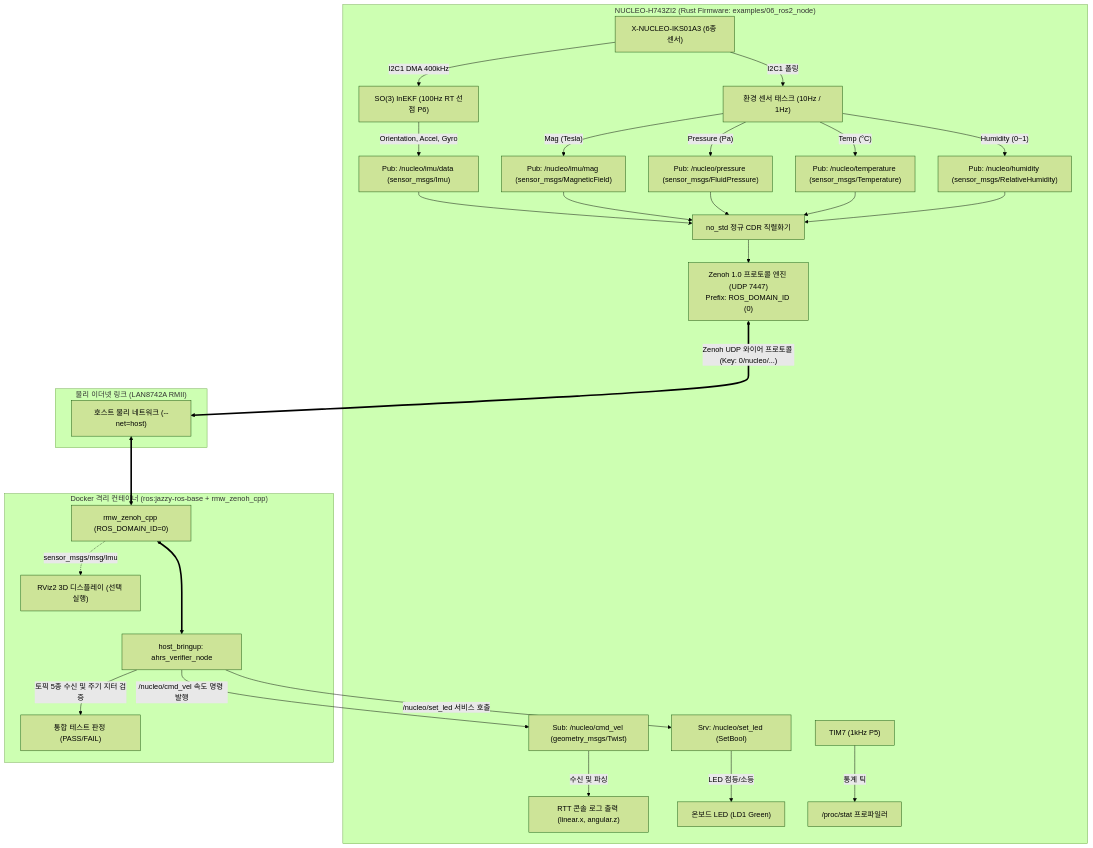
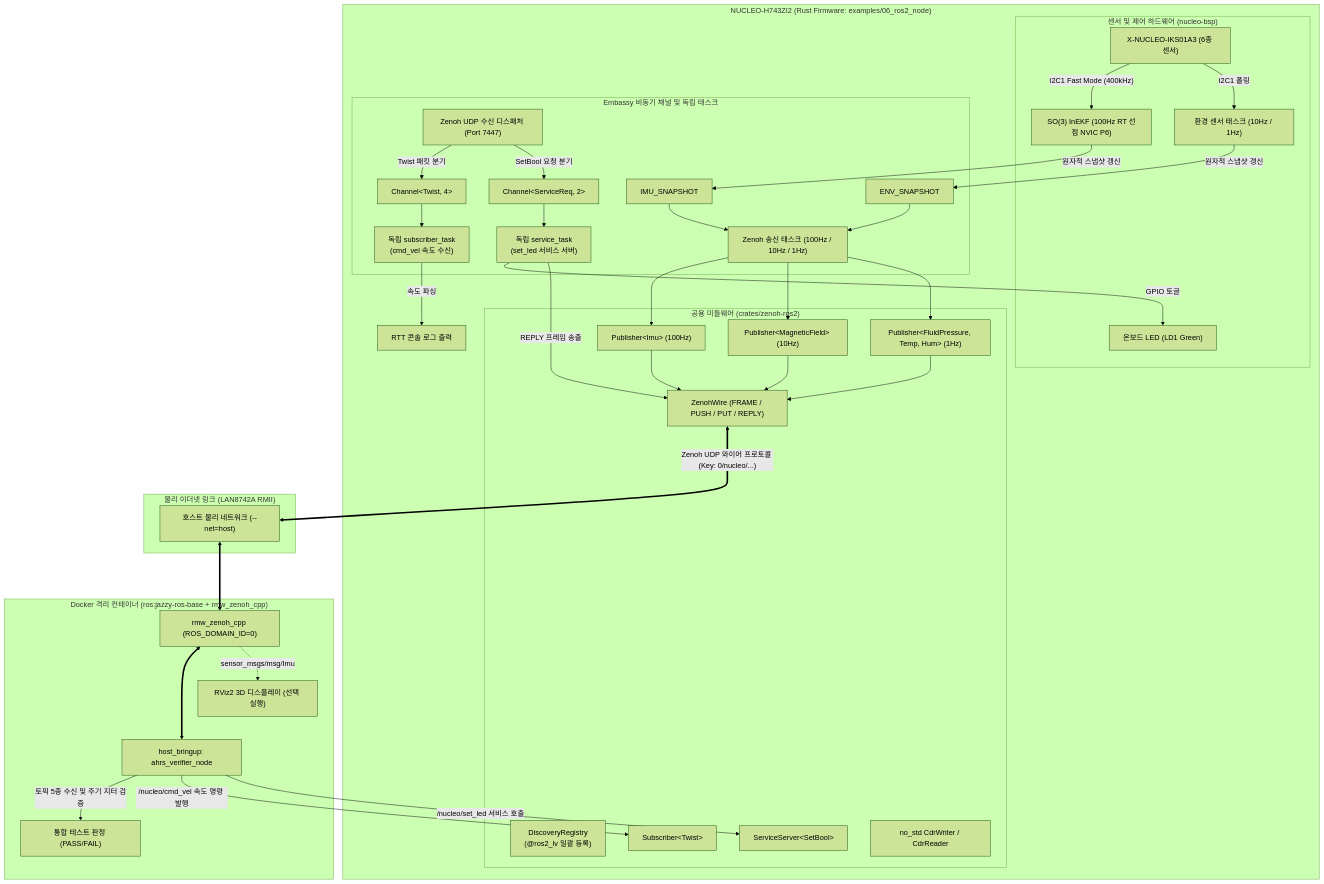
One commit to voidrobot/nucleo_h743zi2_rust changed the diagram in examples/06_ros2_node/README.md. Above: the diagram before and after it, drawn with Mermaid (forest theme). The commit also changed other lines of this file and 2 other files, not shown here.

Commit message:
docs: audit and correct workspace documentation and 06_ros2_node specification

````diff
--- a/examples/06_ros2_node/README.md
+++ b/examples/06_ros2_node/README.md
@@ -41,33 +44,59 @@
 ```mermaid
 flowchart TD
     subgraph Target ["NUCLEO-H743ZI2 (Rust Firmware: examples/06_ros2_node)"]
-        Sensors["X-NUCLEO-IKS01A3 (6종 센서)"] -->|"I2C1 DMA 400kHz"| InEKF["SO(3) InEKF (100Hz RT 선점 P6)"]
-        Sensors -->|"I2C1 폴링"| EnvSense["환경 센서 태스크 (10Hz / 1Hz)"]
+        subgraph HardwareSense ["센서 및 제어 하드웨어 (nucleo-bsp)"]
+            Sensors["X-NUCLEO-IKS01A3 (6종 센서)"] -->|"I2C1 Fast Mode (400kHz)"| InEKF_Task["SO(3) InEKF (100Hz RT 선점 NVIC P6)"]
+            Sensors -->|"I2C1 폴링"| EnvSense["환경 센서 태스크 (10Hz / 1Hz)"]
+            LED["온보드 LED (LD1 Green)"]
+        end
+
+        subgraph Middleware ["공용 미들웨어 (crates/zenoh-ros2)"]
+            Registry["DiscoveryRegistry<br/>(@ros2_lv 일괄 등록)"]
+            Pub_IMU["Publisher&lt;Imu&gt; (100Hz)"]
+            Pub_Mag["Publisher&lt;MagneticField&gt; (10Hz)"]
+            Pub_Env["Publisher&lt;FluidPressure, Temp, Hum&gt; (1Hz)"]
+            Sub_Vel["Subscriber&lt;Twist&gt;"]
+            Srv_LED["ServiceServer&lt;SetBool&gt;"]
+            Wire["ZenohWire (FRAME / PUSH / PUT / REPLY)"]
+            CDR["no_std CdrWriter / CdrReader"]
+        end
+
+        subgraph AsyncConcurrency ["Embassy 비동기 채널 및 독립 태스크"]
+            InEKF_Task -->|"원자적 스냅샷 갱신"| Snap_IMU["IMU_SNAPSHOT"]
+            EnvSense -->|"원자적 스냅샷 갱신"| Snap_ENV["ENV_SNAPSHOT"]
+            
+            TxTask["Zenoh 송신 태스크 (100Hz / 10Hz / 1Hz)"]
+            RxTask["Zenoh UDP 수신 디스패처 (Port 7447)"]
+            
+            SubTask["독립 subscriber_task<br/>(cmd_vel 속도 수신)"]
+            SrvTask["독립 service_task<br/>(set_led 서비스 서버)"]
+            
+            Chan_Cmd["Channel&lt;Twist, 4&gt;"]
+            Chan_Srv["Channel&lt;ServiceReq, 2&gt;"]
+        end
+
+        Snap_IMU & Snap_ENV --> TxTask
+        TxTask --> Pub_IMU & Pub_Mag & Pub_Env
+        Pub_IMU & Pub_Mag & Pub_Env --> Wire
+
+        RxTask -->|"Twist 패킷 분기"| Chan_Cmd --> SubTask
+        RxTask -->|"SetBool 요청 분기"| Chan_Srv --> SrvTask
         
-        InEKF -->|"Orientation, Accel, Gyro"| Pub_IMU["Pub: /nucleo/imu/data (sensor_msgs/Imu)"]
-        EnvSense -->|"Mag (Tesla)"| Pub_Mag["Pub: /nucleo/imu/mag (sensor_msgs/MagneticField)"]
-        EnvSense -->|"Pressure (Pa)"| Pub_Press["Pub: /nucleo/pressure (sensor_msgs/FluidPressure)"]
-        EnvSense -->|"Temp (°C)"| Pub_Temp["Pub: /nucleo/temperature (sensor_msgs/Temperature)"]
-        EnvSense -->|"Humidity (0~1)"| Pub_Hum["Pub: /nucleo/humidity (sensor_msgs/RelativeHumidity)"]
-        
-        Sub_Vel["Sub: /nucleo/cmd_vel (geometry_msgs/Twist)"] -->|"수신 및 파싱"| RTT_Log["RTT 콘솔 로그 출력 (linear.x, angular.z)"]
-        Srv_LED["Srv: /nucleo/set_led (SetBool)"] -->|"LED 점등/소등"| LED["온보드 LED (LD1 Green)"]
-
-        Pub_IMU & Pub_Mag & Pub_Press & Pub_Temp & Pub_Hum --> CDR["no_std 정규 CDR 직렬화기"]
-        CDR --> ZenohEngine["Zenoh 1.0 프로토콜 엔진 (UDP 7447)<br>Prefix: ROS_DOMAIN_ID (0)"]
-        TIM7["TIM7 (1kHz P5)"] -->|"통계 틱"| Stat["/proc/stat 프로파일러"]
+        SubTask -->|"속도 파싱"| RTT_Log["RTT 콘솔 로그 출력"]
+        SrvTask -->|"GPIO 토글"| LED
+        SrvTask -->|"REPLY 프레임 송출"| Wire
     end
 
     subgraph Network ["물리 이더넷 링크 (LAN8742A RMII)"]
-        ZenohEngine <===>|"Zenoh UDP 와이어 프로토콜 (Key: 0/nucleo/...)"| HostNet["호스트 물리 네트워크 (--net=host)"]
+        Wire <===>|"Zenoh UDP 와이어 프로토콜 (Key: 0/nucleo/...)"| HostNet["호스트 물리 네트워크 (--net=host)"]
     end
 
     subgraph HostContainer ["Docker 격리 컨테이너 (ros:jazzy-ros-base + rmw_zenoh_cpp)"]
         HostNet <===> ZenohRMW["rmw_zenoh_cpp (ROS_DOMAIN_ID=0)"]
         ZenohRMW <===> Node["host_bringup: ahrs_verifier_node"]
         Node -->|"토픽 5종 수신 및 주기 지터 검증"| TestReport["통합 테스트 판정 (PASS/FAIL)"]
         Node -->|"/nucleo/cmd_vel 속도 명령 발행"| Sub_Vel
         Node -->|"/nucleo/set_led 서비스 호출"| Srv_LED
         ZenohRMW -.->|"sensor_msgs/msg/Imu"| RViz["RViz2 3D 디스플레이 (선택 실행)"]
     end
 ```
````
